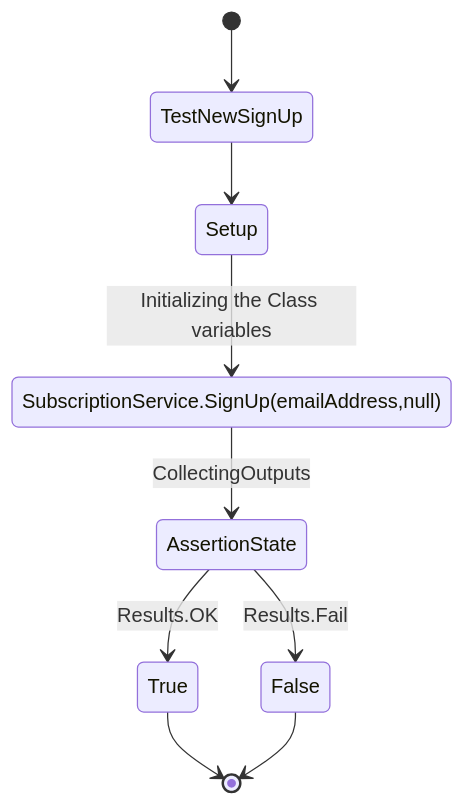
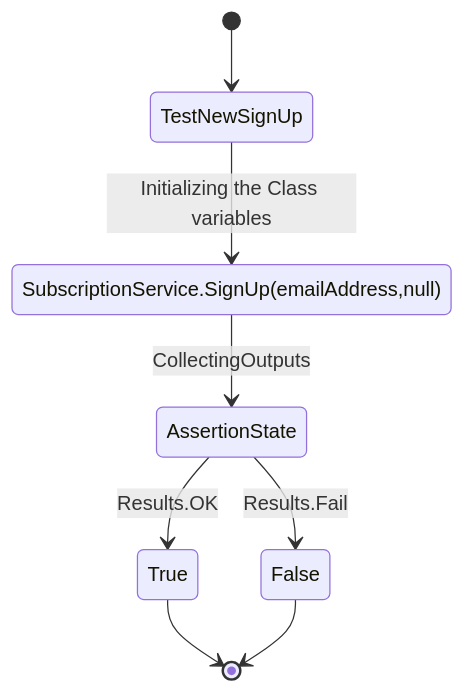
One commit to Emsaso/GetNews changed the third of 12 diagrams in model/TestModel.md. Above: the diagram before and after it, drawn with Mermaid. The commit also changed other lines of this file, not shown here.

````diff
--- a/model/TestModel.md
+++ b/model/TestModel.md
@@ -69,35 +69,34 @@
 ```mermaid
 stateDiagram-v2
 [*] --> TestNewSignUp
-    TestNewSignUp --> Setup
-    Setup --> SubscriptionService.SignUp(emailAddress,null):Initializing the Class variables
+    TestNewSignUp --> SubscriptionService.SignUp(emailAddress,null):Initializing the Class variables
     
 #    state AssertionState <<choice>>
 #    state SubscriptionCheck <<choice>>
 #    state EnsureEmailValidity <<choice>>
 
 #    EnsureEmailValidity
 #       [*] --> EnsureEmailValidity
 #
 #        state CollectingInputs
 #        state HandleInvalidEmail
 #        state join_state <<join>>
 
 #        CollectingInputs --> EmailAddress.IsValid()
 #            EmailAddress.IsValid()--> (bool)HandleInvalidEmail
 #            HandleInvalidEmail  --> AssertionState
 
 #        EmailAddress.IsValid() --> SubscriptionCheck
             
 #            state HandleNullSubscription
 #            HandleNullSubscription --> CreateSubScription
 #            CreateSubScription --> AssertionState
         
 
     SubscriptionService.SignUp(emailAddress,null) --> AssertionState:CollectingOutputs
     
     AssertionState --> True:Results.OK
     AssertionState --> False:Results.Fail
     True --> [*]
     False --> [*]
 ```
````
